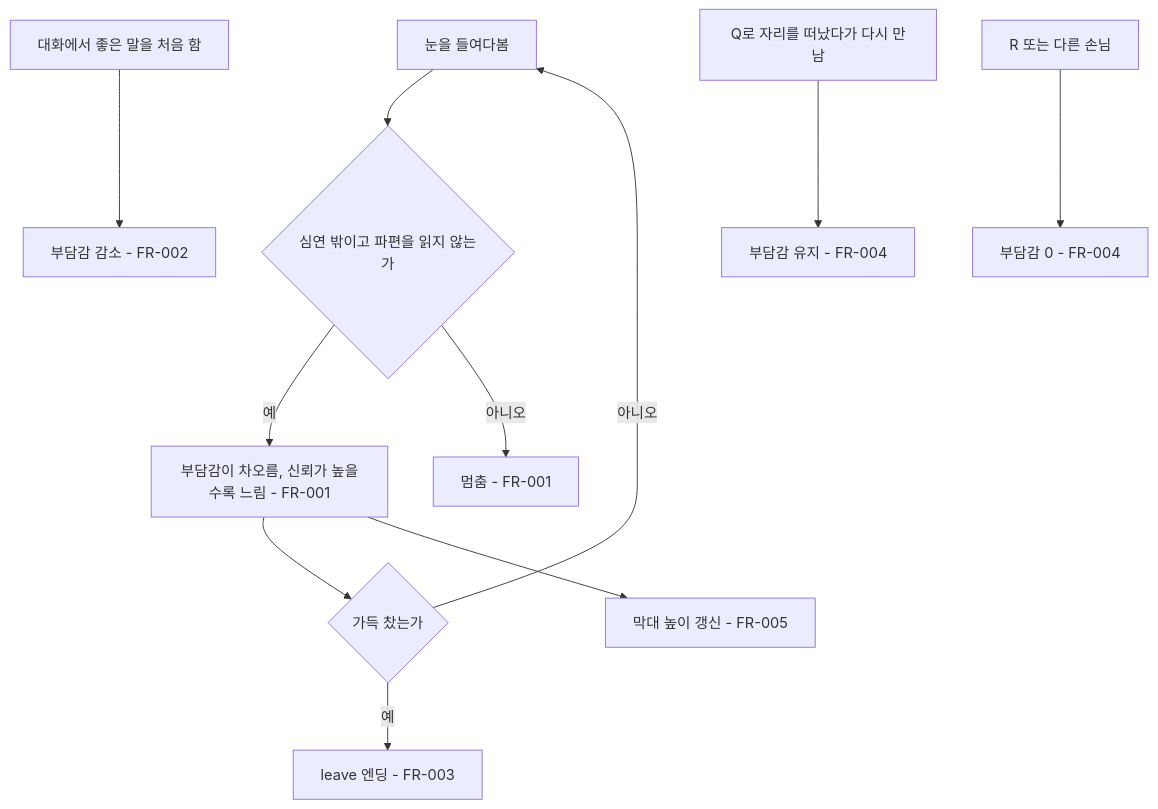
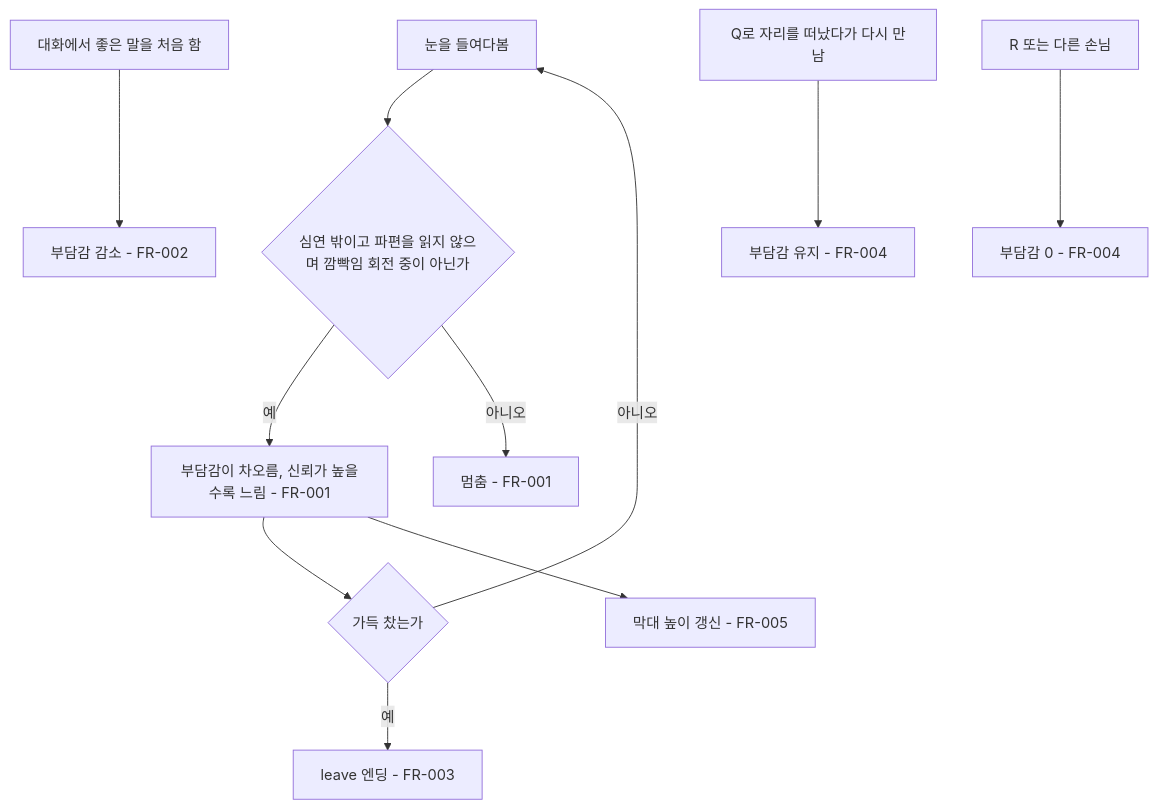
Before and after one commit to xpaklove12-lang/Corner1: the diagram in docs/specs/005-burden-gauge.md, drawn with Mermaid. The commit also changed other lines of this file and 9 other files, not shown here.

````diff
--- a/docs/specs/005-burden-gauge.md
+++ b/docs/specs/005-burden-gauge.md
@@ -52,13 +52,13 @@
 ```mermaid
 flowchart TD
-    A[눈을 들여다봄] --> B{심연 밖이고 파편을 읽지 않는가}
+    A[눈을 들여다봄] --> B{심연 밖이고 파편을 읽지 않으며 깜빡임 회전 중이 아닌가}
     B -- 예 --> C[부담감이 차오름, 신뢰가 높을수록 느림 - FR-001]
     B -- 아니오 --> D[멈춤 - FR-001]
     C --> E{가득 찼는가}
     E -- 예 --> F[leave 엔딩 - FR-003]
     E -- 아니오 --> A
     G[대화에서 좋은 말을 처음 함] --> H[부담감 감소 - FR-002]
     I[Q로 자리를 떠났다가 다시 만남] --> J[부담감 유지 - FR-004]
     K[R 또는 다른 손님] --> L[부담감 0 - FR-004]
     C --> M[막대 높이 갱신 - FR-005]
 ```
````
